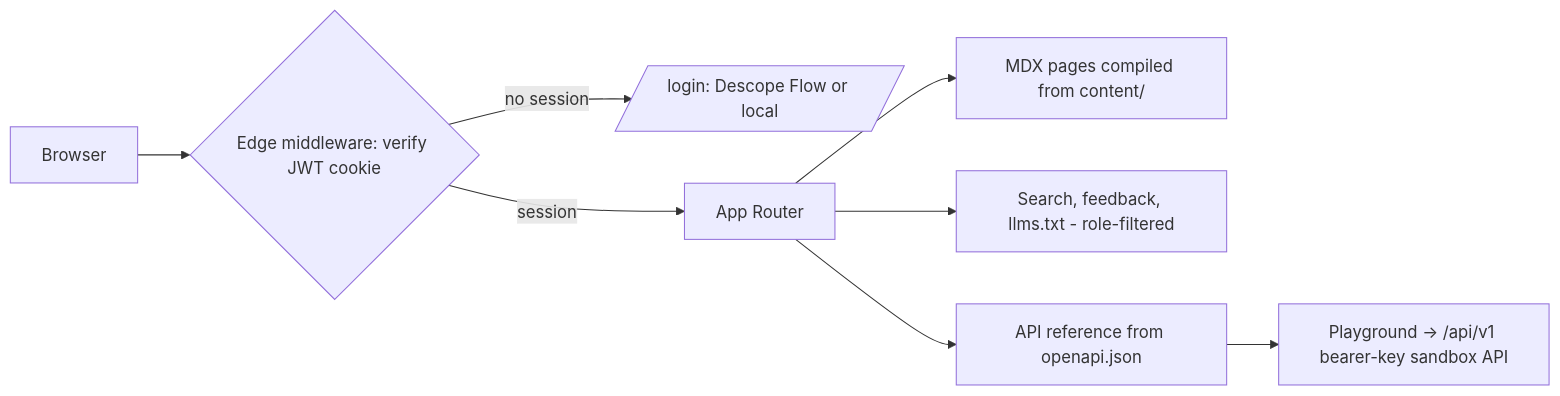
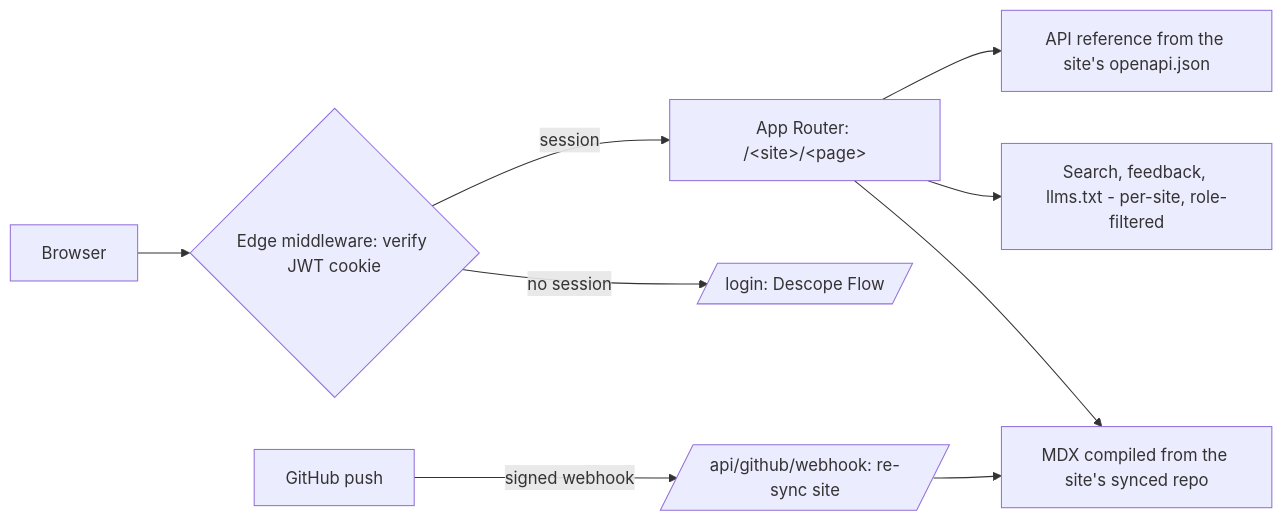
Before and after one commit to shaumik/smilify: the first of 2 diagrams in README.md, drawn with Mermaid. The commit also changed other lines of this file and 43 other files, not shown here.

First line of the commit message:
Restructure into a multi-site platform: connect any repo via GitHub App

````diff
--- a/README.md
+++ b/README.md
@@ -67,10 +77,11 @@
 ```mermaid
 flowchart LR
     B[Browser] --> MW{Edge middleware: verify JWT cookie}
-    MW -- no session --> L[/login: Descope Flow or local/]
-    MW -- session --> APP[App Router]
-    APP --> MDX[MDX pages compiled from content/]
-    APP --> API[Search, feedback, llms.txt - role-filtered]
-    APP --> REF[API reference from openapi.json]
-    REF --> SBX[Playground -> /api/v1 bearer-key sandbox API]
+    MW -- no session --> L[/login: Descope Flow/]
+    MW -- session --> APP["App Router: /&lt;site&gt;/&lt;page&gt;"]
+    APP --> MDX[MDX compiled from the site's synced repo]
+    APP --> API[Search, feedback, llms.txt - per-site, role-filtered]
+    APP --> REF[API reference from the site's openapi.json]
+    GH[GitHub push] -- signed webhook --> SYNC[/api/github/webhook: re-sync site/]
+    SYNC --> MDX
 ```
````
